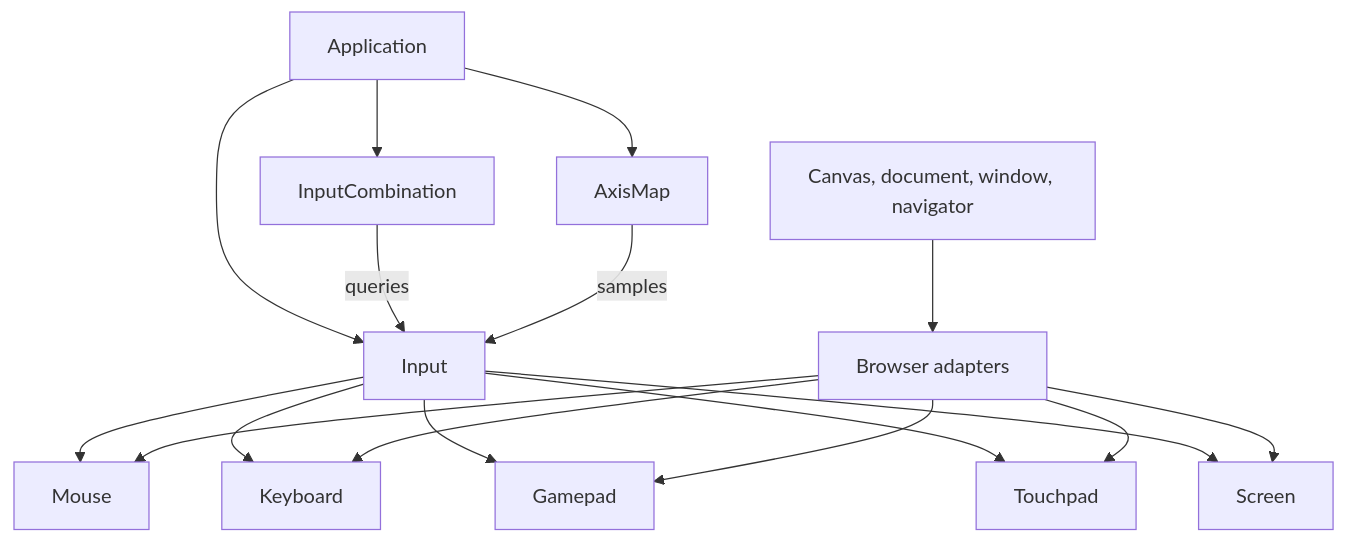
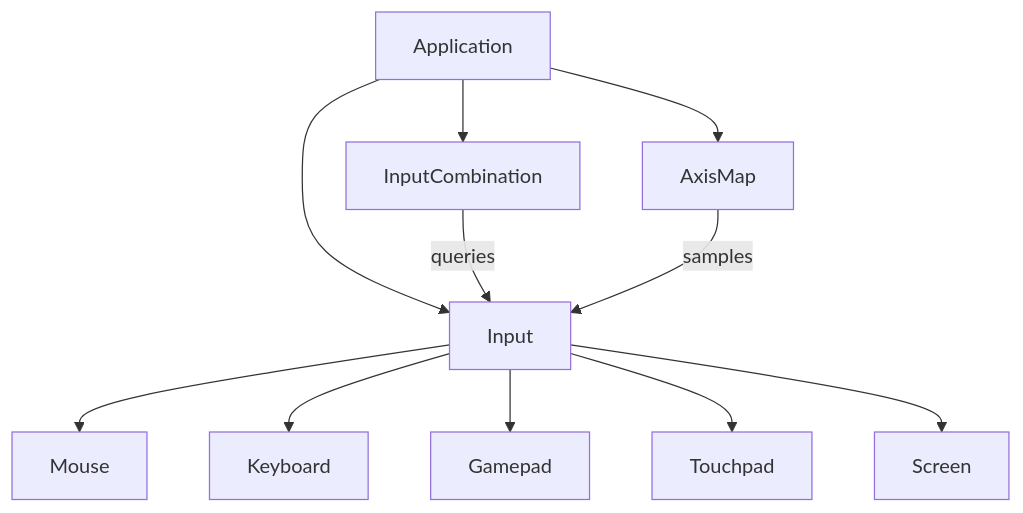
The first of 2 diagrams in packages/controls/ARCHITECTURE.md (JollyPixel/editor), drawn with Mermaid before and after one commit. The commit also changed other lines of this file and 1 other file, not shown here.

Commit message:
docs(controls): improve ARCHITECTURE.md and GLOSSARY.md

````diff
--- a/packages/controls/ARCHITECTURE.md
+++ b/packages/controls/ARCHITECTURE.md
@@ -7,21 +9,14 @@
 ```mermaid
 flowchart TB
     App["Application"] --> Input["Input"]
     Input --> Mouse["Mouse"]
     Input --> Keyboard["Keyboard"]
     Input --> Gamepad["Gamepad"]
     Input --> Touchpad["Touchpad"]
     Input --> Screen["Screen"]
 
-    Browser["Canvas, document, window, navigator"] --> Adapters["Browser adapters"]
-    Adapters --> Mouse
-    Adapters --> Keyboard
-    Adapters --> Gamepad
-    Adapters --> Touchpad
-    Adapters --> Screen
-
     App --> Combinations["InputCombination"]
     App --> Axes["AxisMap"]
     Combinations -->|queries| Input
     Axes -->|samples| Input
 ```
````
